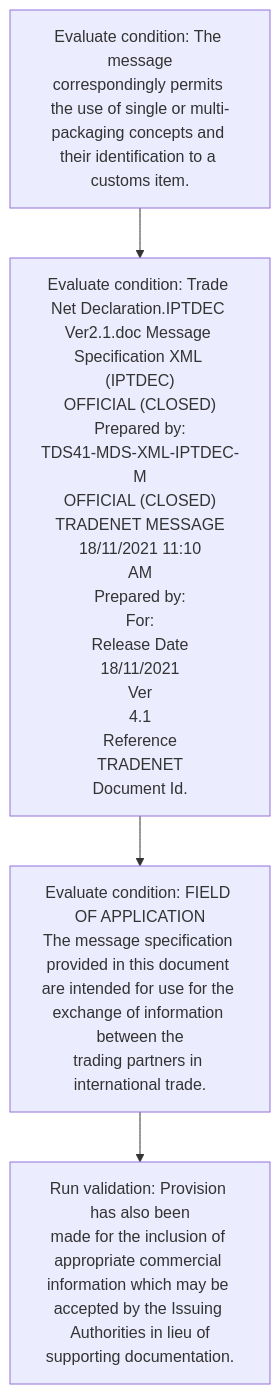
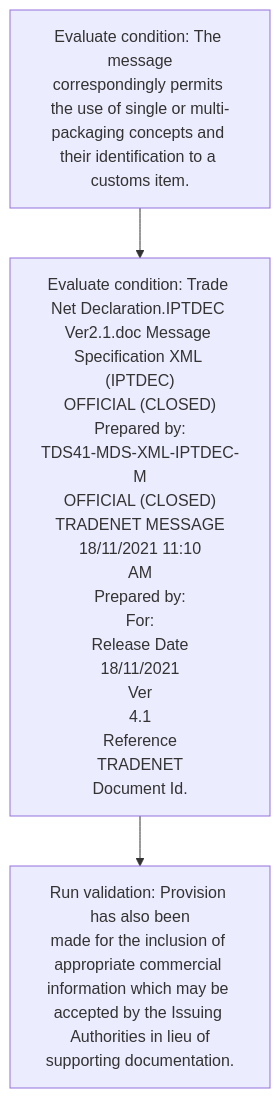
The first of 2 diagrams in output/markdown/3.1_Principles.md (mohan-vasanth/dekai), drawn with Mermaid before and after one commit. The commit also changed other lines of this file and 2688 other files, not shown here.

````diff
--- a/output/markdown/3.1_Principles.md
+++ b/output/markdown/3.1_Principles.md
@@ -555,31 +344,27 @@
 ```mermaid
 flowchart TD
     S1["Evaluate condition: The message
 correspondingly permits the use of single or multi-packaging concepts and their identification to a customs item."]
     S2["Evaluate condition: Trade Net Declaration.IPTDEC Ver2.1.doc Message Specification XML (IPTDEC)
 OFFICIAL (CLOSED)
 Prepared by:
 TDS41-MDS-XML-IPTDEC-M
 OFFICIAL (CLOSED)
 TRADENET MESSAGE
 18/11/2021 11:10
 AM
 Prepared by:
 For:
 Release Date
 18/11/2021
 Ver
 4.1
 Reference
 TRADENET
 Document Id."]
     S1 --> S2
-    S3["Evaluate condition: FIELD OF APPLICATION
-The message specification provided in this document are intended for use for the exchange of information between the
-trading partners in international trade."]
-    S2 --> S3
-    S4["Run validation: Provision has also been
+    S3["Run validation: Provision has also been
 made for the inclusion of appropriate commercial information which may be accepted by the Issuing Authorities in lieu of
 supporting documentation."]
-    S3 --> S4
+    S2 --> S3
 ```
````
